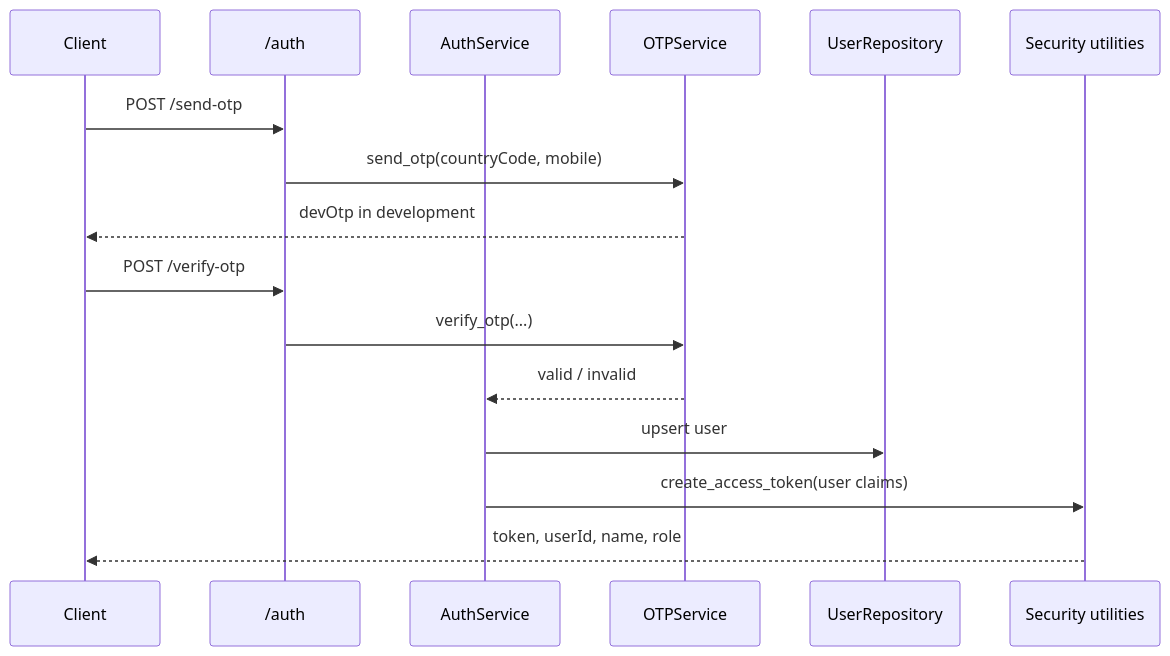
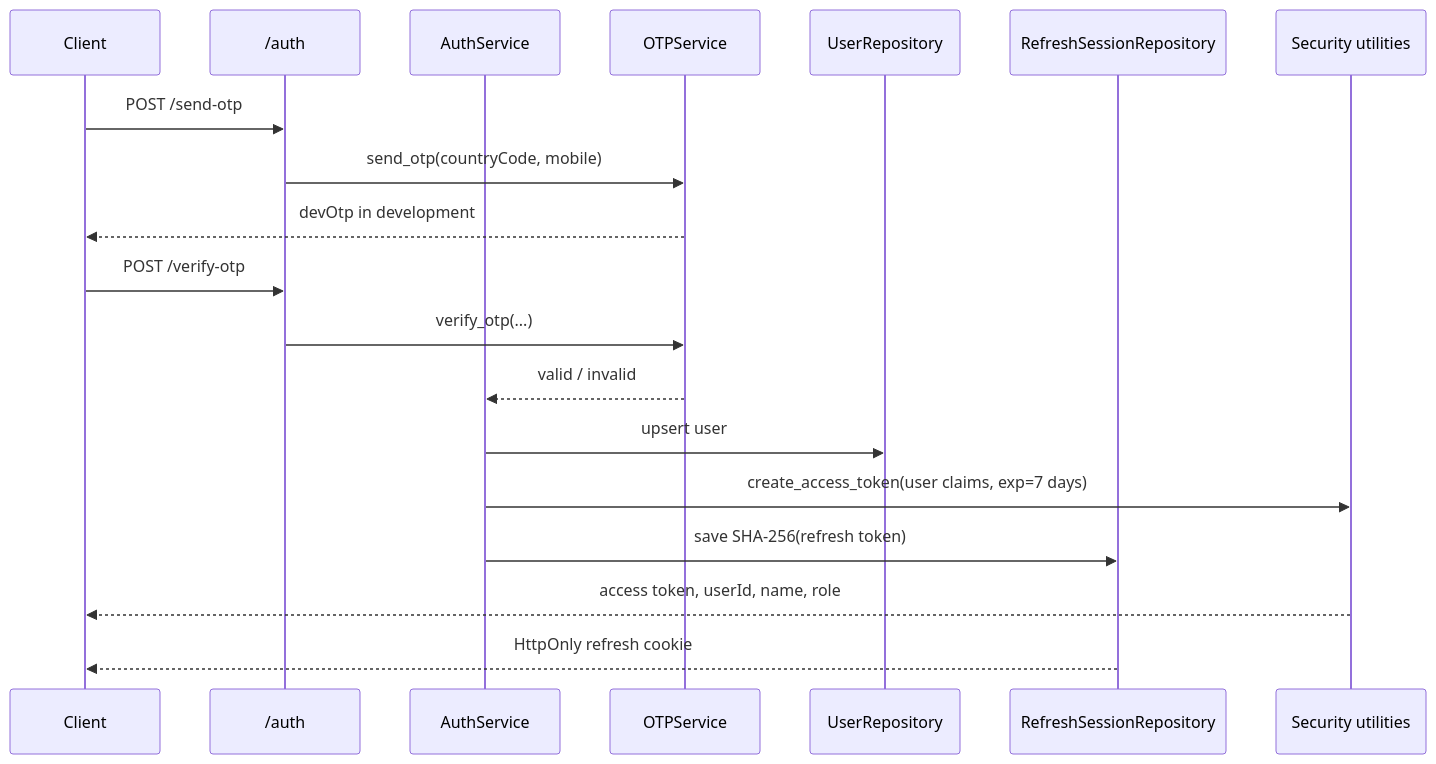
Before and after one commit to deepanshu8390/smart-tour: the second of 3 diagrams in backend-architecture.md, drawn with Mermaid. The commit also changed other lines of this file and 24 other files, not shown here.

Commit message:
jwt token bug fixed

````diff
--- a/backend-architecture.md
+++ b/backend-architecture.md
@@ -146,19 +146,22 @@
 ```mermaid
 sequenceDiagram
     participant Client
     participant AuthAPI as /auth
     participant AuthService
     participant OTP as OTPService
     participant Users as UserRepository
+    participant Sessions as RefreshSessionRepository
     participant JWT as Security utilities
 
     Client->>AuthAPI: POST /send-otp
     AuthAPI->>OTP: send_otp(countryCode, mobile)
     OTP-->>Client: devOtp in development
     Client->>AuthAPI: POST /verify-otp
     AuthAPI->>OTP: verify_otp(...)
     OTP-->>AuthService: valid / invalid
     AuthService->>Users: upsert user
-    AuthService->>JWT: create_access_token(user claims)
-    JWT-->>Client: token, userId, name, role
+    AuthService->>JWT: create_access_token(user claims, exp=7 days)
+    AuthService->>Sessions: save SHA-256(refresh token)
+    JWT-->>Client: access token, userId, name, role
+    Sessions-->>Client: HttpOnly refresh cookie
 ```
````
